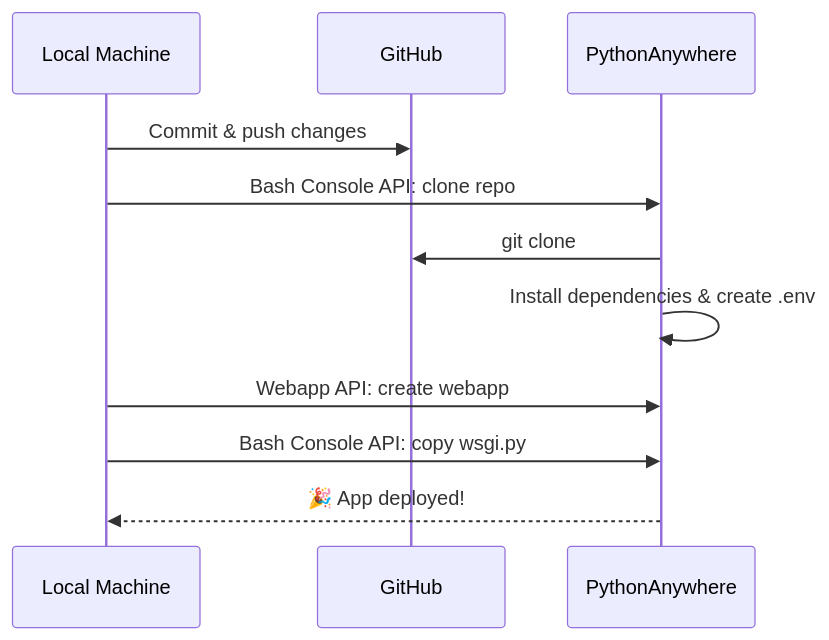
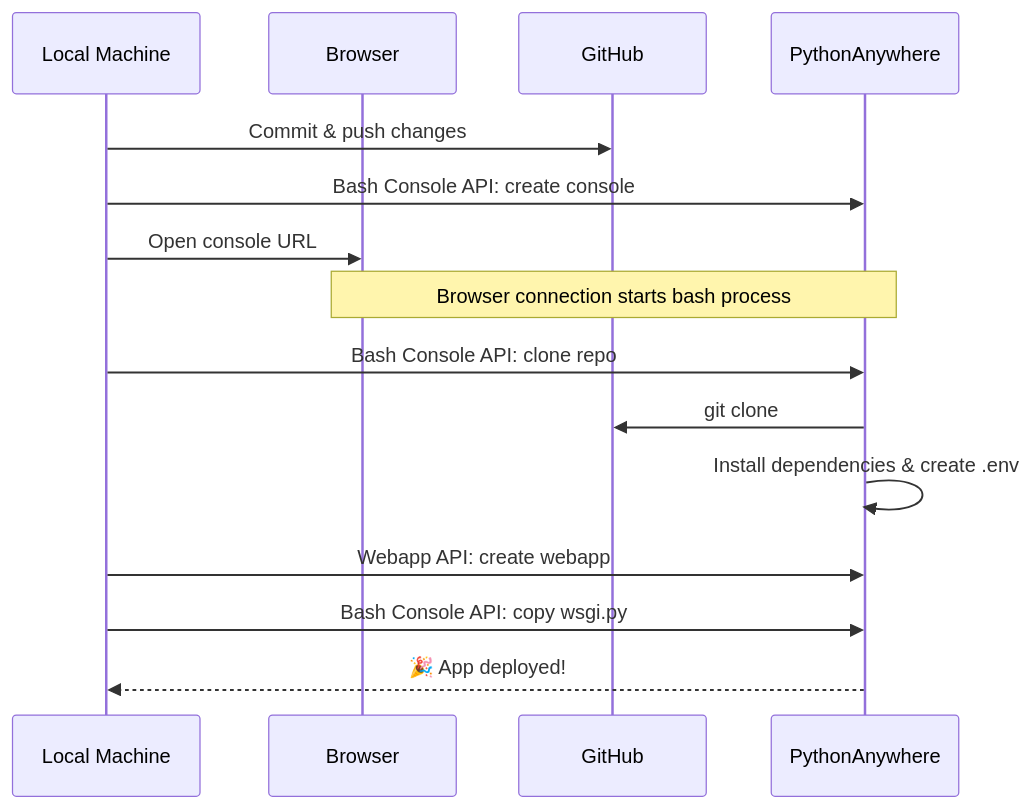
One commit to caktus/dsd-pythonanywhere changed the diagram in README.md. Above: the diagram before and after it, drawn with Mermaid. The commit also changed other lines of this file and 13 other files, not shown here.

````diff
--- a/README.md
+++ b/README.md
@@ -66,17 +106,22 @@
 ```mermaid
 sequenceDiagram
     participant User as Local Machine
+    participant Browser
     participant GitHub
     participant PA as PythonAnywhere
 
     User->>GitHub: Commit & push changes
+
+    User->>PA: Bash Console API: create console
+    User->>Browser: Open console URL
+    Note over Browser,PA: Browser connection starts bash process
 
     User->>PA: Bash Console API: clone repo
     PA->>GitHub: git clone
     PA->>PA: Install dependencies & create .env
 
     User->>PA: Webapp API: create webapp
     User->>PA: Bash Console API: copy wsgi.py
 
     PA-->>User: 🎉 App deployed!
 ```
````
